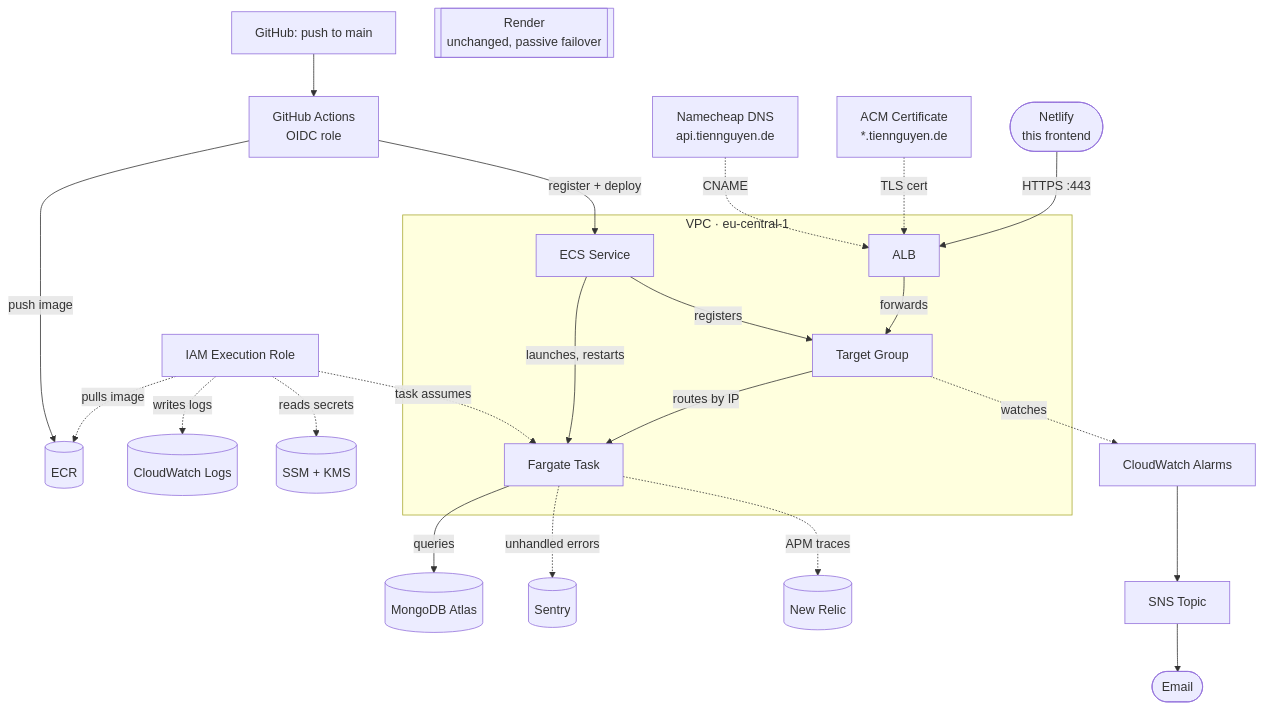
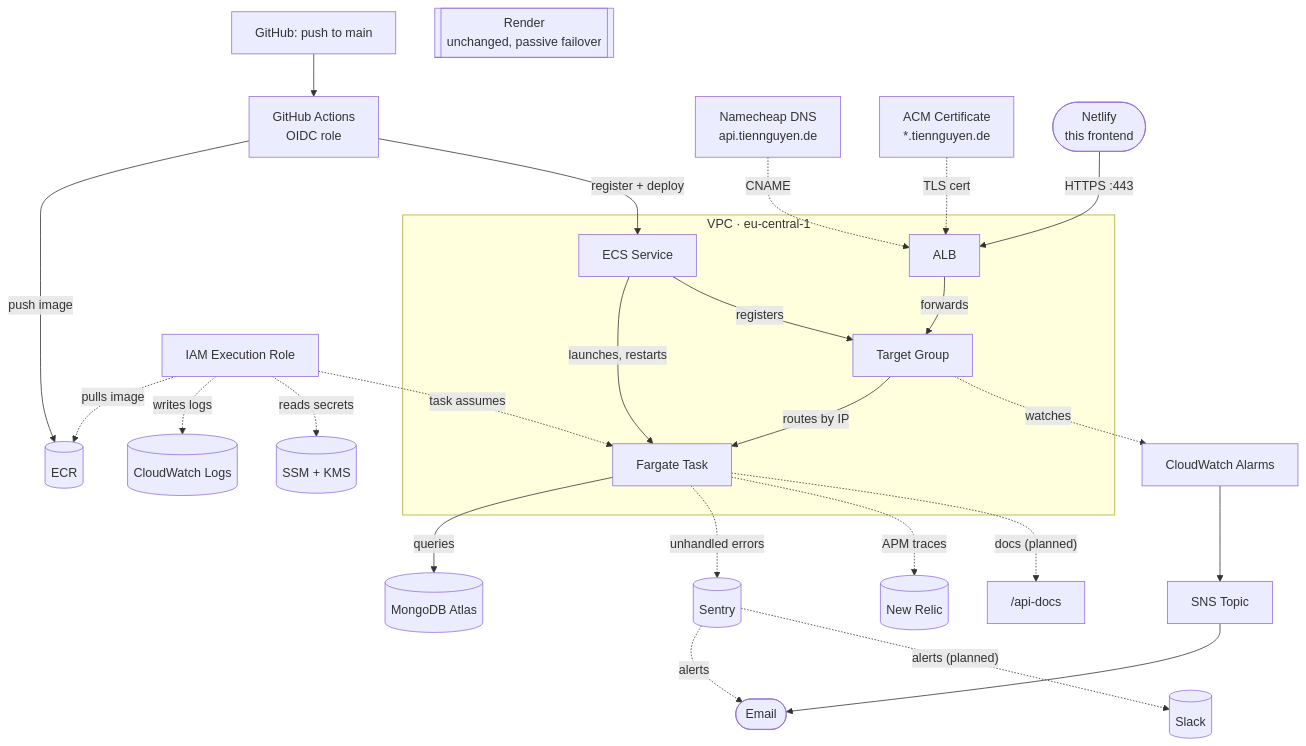
Before and after one commit to ntrix/amazin: the diagram in README.md, drawn with Mermaid.

Commit message:
docs(readme): add Sentry email/Slack and OpenAPI docs to architecture diagram

````diff
--- a/README.md
+++ b/README.md
@@ -218,37 +218,40 @@
 ```mermaid
 flowchart TB
   GitHub["GitHub: push to main"] --> Actions["GitHub Actions<br/>OIDC role"]
   Actions -->|"push image"| ECR[("ECR")]
   Actions -->|"register + deploy"| Service
 
   DNS["Namecheap DNS<br/>api.tiennguyen.de"] -. CNAME .-> ALB
   ACM["ACM Certificate<br/>*.tiennguyen.de"] -. "TLS cert" .-> ALB
 
   Netlify(["Netlify<br/>this frontend"]) -->|"HTTPS :443"| ALB["ALB"]
   ALB -->|forwards| TG["Target Group"]
   TG -->|"routes by IP"| Task["Fargate Task"]
   Task -->|queries| Mongo[("MongoDB Atlas")]
   Service["ECS Service"] -->|"launches, restarts"| Task
   Service -->|registers| TG
 
   Role["IAM Execution Role"] -. "task assumes" .-> Task
   Role -. "pulls image" .-> ECR
   Role -. "writes logs" .-> Logs[("CloudWatch Logs")]
   Role -. "reads secrets" .-> SSM[("SSM + KMS")]
 
   TG -. watches .-> Alarms["CloudWatch Alarms"]
   Alarms --> SNS["SNS Topic"]
   SNS --> Email([Email])
 
   Task -. "unhandled errors" .-> Sentry[("Sentry")]
   Task -. "APM traces" .-> NewRelic[("New Relic")]
+  Sentry -. alerts .-> Email
+  Sentry -. "alerts (planned)" .-> Slack[("Slack")]
+  Task -. "docs (planned)" .-> OpenAPI["/api-docs"]
 
   Render[["Render<br/>unchanged, passive failover"]]
 
   subgraph VPC["VPC · eu-central-1"]
     ALB
     TG
     Task
     Service
   end
 ```
````
